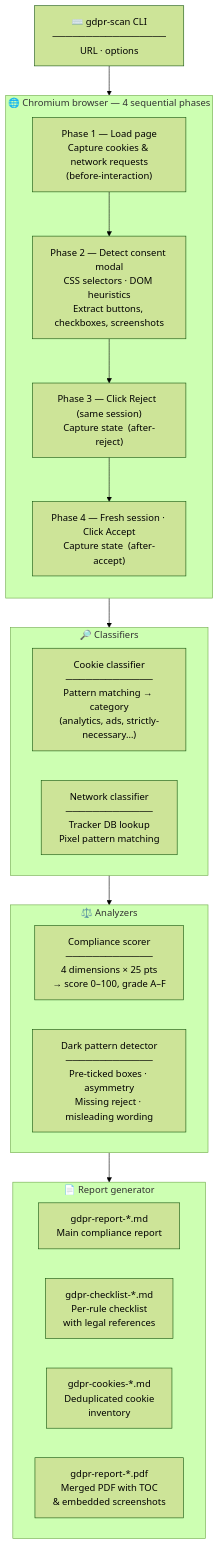
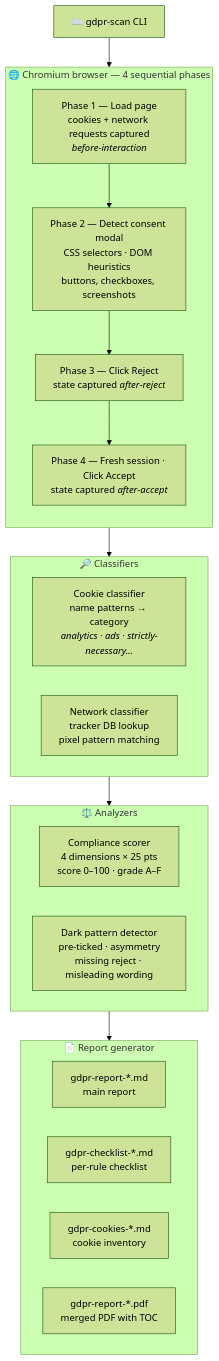
One commit to Slashgear/gdpr-cookie-scanner changed the diagram in README.md. Above: the diagram before and after it, drawn with Mermaid (forest theme).

Commit message:
docs: fix Mermaid diagram — replace \n with <br/> for proper line breaks
GitHub's Mermaid renderer does not interpret \n inside node labels;
it renders them as literal backslash-n. Replace with <br/> which is
the correct way to get line breaks in Mermaid flowchart nodes.
Also tighten the node labels slightly to reduce visual clutter.

````diff
--- a/README.md
+++ b/README.md
@@ -81,41 +81,41 @@
 ```mermaid
 flowchart TD
-    CLI["⌨️  gdpr-scan CLI\n─────────────────\nURL · options"]
+    CLI["⌨️ gdpr-scan CLI"]
 
     CLI --> B
 
-    subgraph B["🌐  Chromium browser — 4 sequential phases"]
+    subgraph B["🌐 Chromium browser — 4 sequential phases"]
         direction TB
-        P1["Phase 1 — Load page\nCapture cookies & network requests\n(before-interaction)"]
-        P2["Phase 2 — Detect consent modal\nCSS selectors · DOM heuristics\nExtract buttons, checkboxes, screenshots"]
-        P3["Phase 3 — Click Reject  (same session)\nCapture state  (after-reject)"]
-        P4["Phase 4 — Fresh session · Click Accept\nCapture state  (after-accept)"]
+        P1["Phase 1 — Load page<br/>cookies + network requests captured<br/><i>before-interaction</i>"]
+        P2["Phase 2 — Detect consent modal<br/>CSS selectors · DOM heuristics<br/>buttons, checkboxes, screenshots"]
+        P3["Phase 3 — Click Reject<br/>state captured <i>after-reject</i>"]
+        P4["Phase 4 — Fresh session · Click Accept<br/>state captured <i>after-accept</i>"]
         P1 --> P2 --> P3 --> P4
     end
 
     B --> C
 
-    subgraph C["🔎  Classifiers"]
+    subgraph C["🔎 Classifiers"]
         direction LR
-        CK["Cookie classifier\n─────────────\nPattern matching → category\n(analytics, ads, strictly-necessary…)"]
-        NK["Network classifier\n─────────────\nTracker DB lookup\nPixel pattern matching"]
+        CK["Cookie classifier<br/>name patterns → category<br/><i>analytics · ads · strictly-necessary…</i>"]
+        NK["Network classifier<br/>tracker DB lookup<br/>pixel pattern matching"]
     end
 
     C --> A
 
-    subgraph A["⚖️  Analyzers"]
+    subgraph A["⚖️ Analyzers"]
         direction LR
-        SC["Compliance scorer\n─────────────\n4 dimensions × 25 pts\n→ score 0–100, grade A–F"]
-        DP["Dark pattern detector\n─────────────\nPre-ticked boxes · asymmetry\nMissing reject · misleading wording"]
+        SC["Compliance scorer<br/>4 dimensions × 25 pts<br/>score 0–100 · grade A–F"]
+        DP["Dark pattern detector<br/>pre-ticked · asymmetry<br/>missing reject · misleading wording"]
     end
 
     A --> R
 
-    subgraph R["📄  Report generator"]
+    subgraph R["📄 Report generator"]
         direction LR
-        MD1["gdpr-report-*.md\nMain compliance report"]
-        MD2["gdpr-checklist-*.md\nPer-rule checklist\nwith legal references"]
-        MD3["gdpr-cookies-*.md\nDeduplicated cookie\ninventory"]
-        PDF["gdpr-report-*.pdf\nMerged PDF with TOC\n& embedded screenshots"]
+        MD1["gdpr-report-*.md<br/>main report"]
+        MD2["gdpr-checklist-*.md<br/>per-rule checklist"]
+        MD3["gdpr-cookies-*.md<br/>cookie inventory"]
+        PDF["gdpr-report-*.pdf<br/>merged PDF with TOC"]
     end
 ```
````
